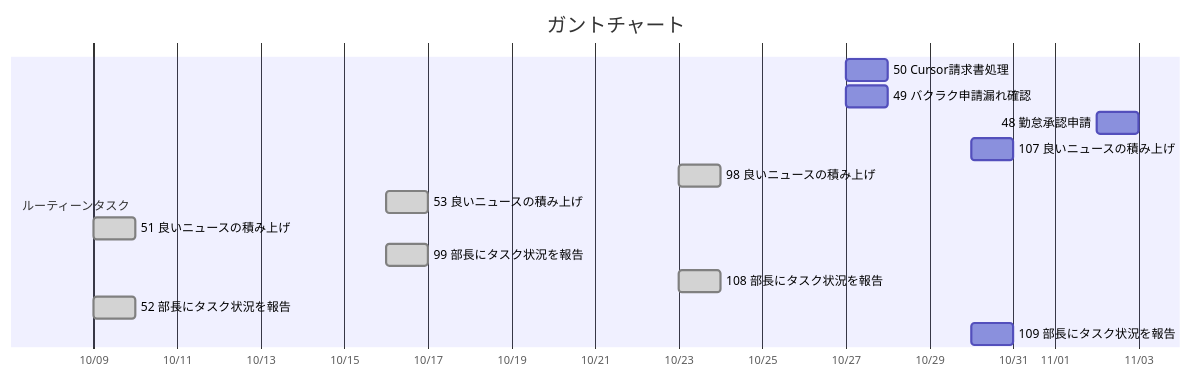
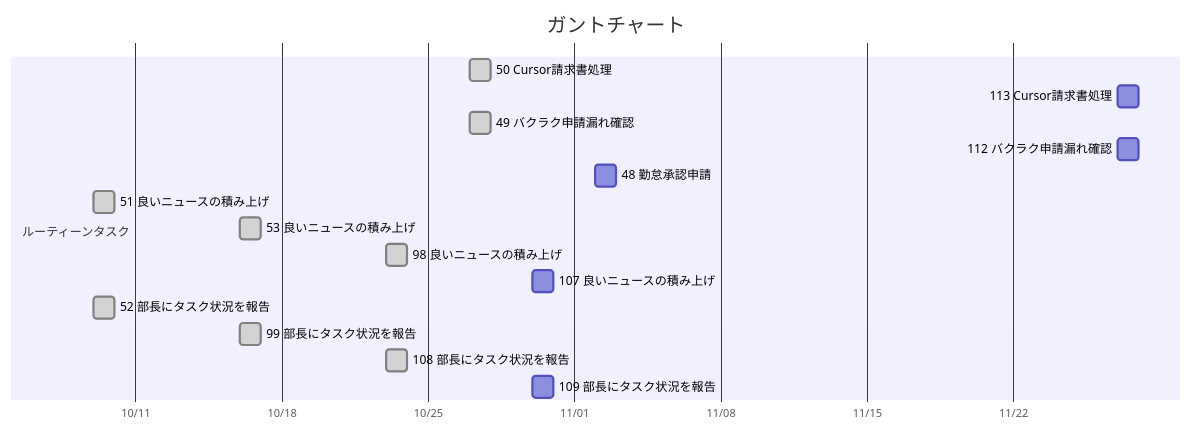
The diagram in tasks/ガントチャート.md (FLNYoshidaRyuta/task_management), drawn with Mermaid before and after one commit. The commit also changed 6 other files, not shown here.

````diff
--- a/tasks/ガントチャート.md
+++ b/tasks/ガントチャート.md
@@ -3,19 +3,21 @@
 ```mermaid
 %%{init: {'themeCSS': 'rect[id*=rel] { fill: #c2410c !important; stroke: #9a3412 !important; }'}}%%
 gantt
     title ガントチャート
     dateFormat YYYY-MM-DD
     axisFormat %m/%d
     section ルーティーンタスク
-    50 Cursor請求書処理 :t1, 2026-10-27, 1d
-    49 バクラク申請漏れ確認 :t2, 2026-10-27, 1d
-    48 勤怠承認申請 :t3, 2026-11-02, 1d
-    107 良いニュースの積み上げ :t4, 2026-10-30, 1d
-    98 良いニュースの積み上げ :done, t5, 2026-10-23, 1d
-    53 良いニュースの積み上げ :done, t6, 2026-10-16, 1d
-    51 良いニュースの積み上げ :done, t7, 2026-10-09, 1d
-    99 部長にタスク状況を報告 :done, t8, 2026-10-16, 1d
-    108 部長にタスク状況を報告 :done, t9, 2026-10-23, 1d
+    50 Cursor請求書処理 :done, t1, 2026-10-27, 1d
+    113 Cursor請求書処理 :t2, 2026-11-27, 1d
+    49 バクラク申請漏れ確認 :done, t3, 2026-10-27, 1d
+    112 バクラク申請漏れ確認 :t4, 2026-11-27, 1d
+    48 勤怠承認申請 :t5, 2026-11-02, 1d
+    51 良いニュースの積み上げ :done, t6, 2026-10-09, 1d
+    53 良いニュースの積み上げ :done, t7, 2026-10-16, 1d
+    98 良いニュースの積み上げ :done, t8, 2026-10-23, 1d
+    107 良いニュースの積み上げ :t9, 2026-10-30, 1d
     52 部長にタスク状況を報告 :done, t10, 2026-10-09, 1d
-    109 部長にタスク状況を報告 :t11, 2026-10-30, 1d
+    99 部長にタスク状況を報告 :done, t11, 2026-10-16, 1d
+    108 部長にタスク状況を報告 :done, t12, 2026-10-23, 1d
+    109 部長にタスク状況を報告 :t13, 2026-10-30, 1d
 ```
````
